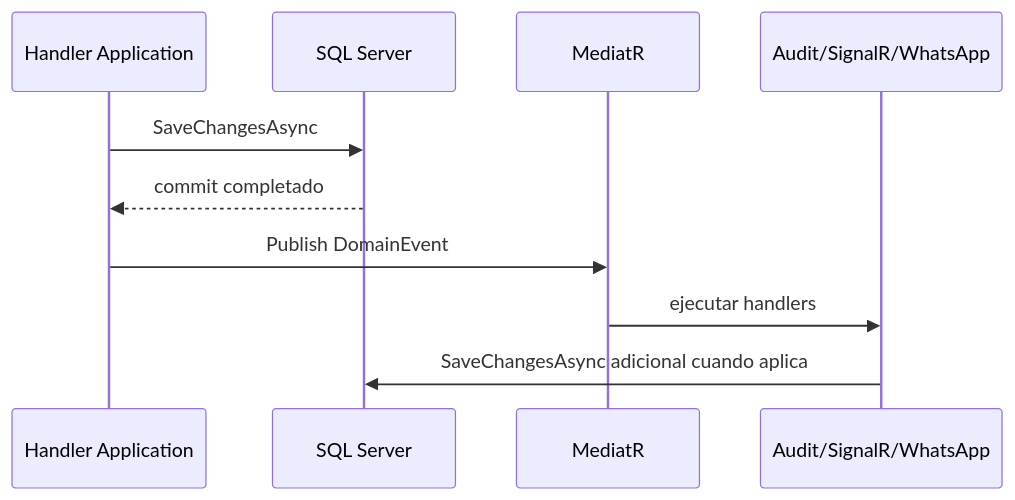
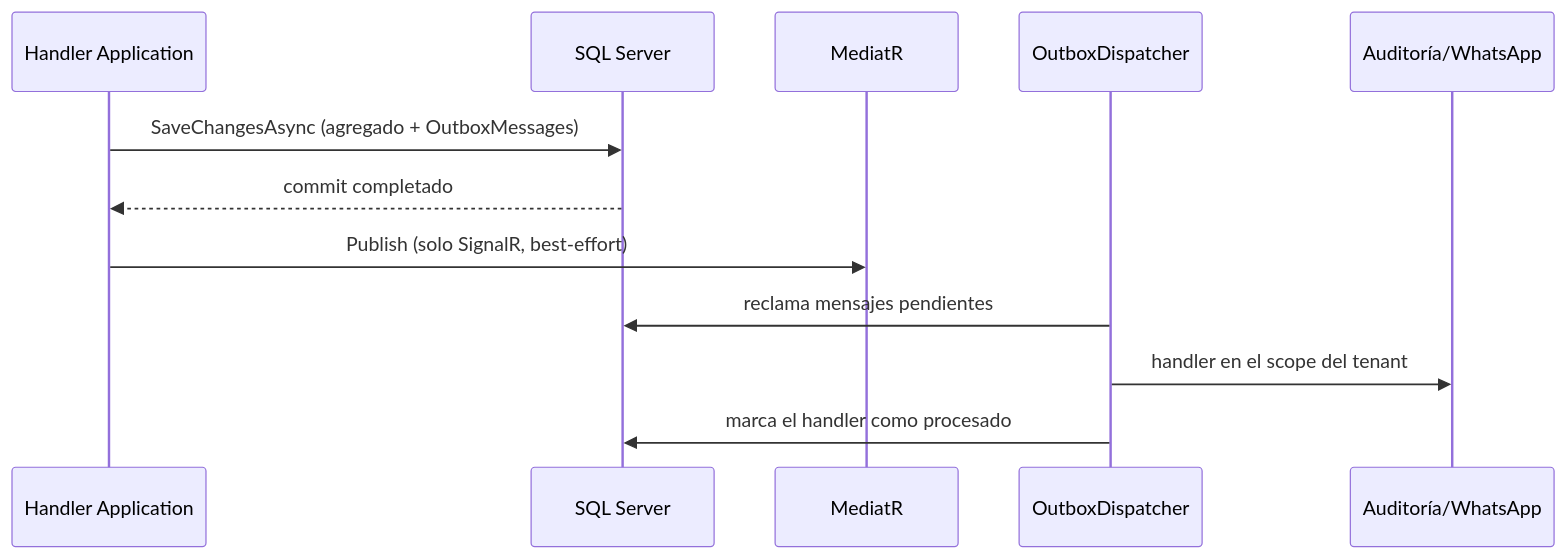
One commit to Eduard0corona/TienditApp changed the diagram in docs/architecture/data-consistency-and-domain-events.md. Above: the diagram before and after it, drawn with Mermaid. The commit also changed other lines of this file and 29 other files, not shown here.

````diff
--- a/docs/architecture/data-consistency-and-domain-events.md
+++ b/docs/architecture/data-consistency-and-domain-events.md
@@ -9,12 +7,14 @@
 ```mermaid
 sequenceDiagram
     participant UseCase as Handler Application
     participant DB as SQL Server
     participant MediatR
-    participant SideEffect as Audit/SignalR/WhatsApp
-    UseCase->>DB: SaveChangesAsync
+    participant Worker as OutboxDispatcher
+    participant SideEffect as Auditoría/WhatsApp
+    UseCase->>DB: SaveChangesAsync (agregado + OutboxMessages)
     DB-->>UseCase: commit completado
-    UseCase->>MediatR: Publish DomainEvent
-    MediatR->>SideEffect: ejecutar handlers
-    SideEffect->>DB: SaveChangesAsync adicional cuando aplica
+    UseCase->>MediatR: Publish (solo SignalR, best-effort)
+    Worker->>DB: reclama mensajes pendientes
+    Worker->>SideEffect: handler en el scope del tenant
+    Worker->>DB: marca el handler como procesado
 ```
````
